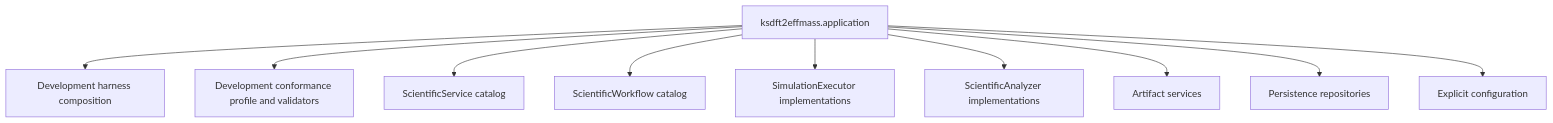
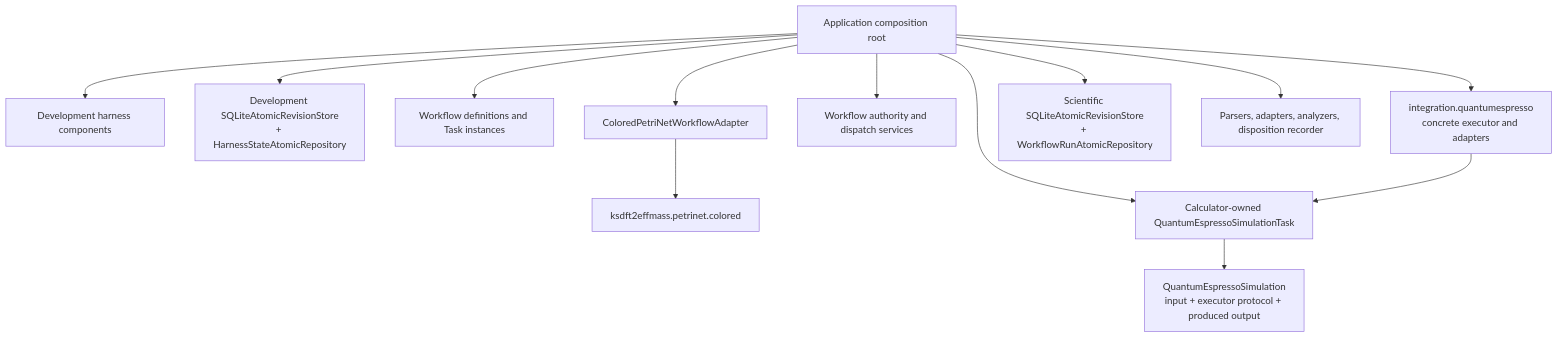
One commit to eragasa/ksdft2effmass changed the diagram in docs/architecture/v2/composition-root.md. Above: the diagram before and after it, drawn with Mermaid. The commit also changed other lines of this file and 80 other files, not shown here.

Commit message:
docs: reconcile architecture v2

````diff
--- a/docs/architecture/v2/composition-root.md
+++ b/docs/architecture/v2/composition-root.md
@@ -7,13 +7,15 @@
 ```mermaid
-flowchart TB
-    app["ksdft2effmass.application"]
-    app --> harness["Development harness composition"]
-    app --> conformance["Development conformance profile and validators"]
-    app --> services["ScientificService catalog"]
-    app --> definitions["ScientificWorkflow catalog"]
-    app --> executors["SimulationExecutor implementations"]
-    app --> analyzers["ScientificAnalyzer implementations"]
-    app --> artifacts["Artifact services"]
-    app --> repositories["Persistence repositories"]
-    app --> config["Explicit configuration"]
+flowchart TD
+    app["Application composition root"] --> harness["Development harness components"]
+    app --> harness_store["Development SQLiteAtomicRevisionStore<br/>+ HarnessStateAtomicRepository"]
+    app --> workflow["Workflow definitions and Task instances"]
+    app --> adapter["ColoredPetriNetWorkflowAdapter"]
+    adapter --> generic["ksdft2effmass.petrinet.colored"]
+    app --> authority["Workflow authority and dispatch services"]
+    app --> qe_task["Calculator-owned QuantumEspressoSimulationTask"]
+    app --> qe_integration["integration.quantumespresso<br/>concrete executor and adapters"]
+    qe_integration --> qe_task
+    qe_task --> qe["QuantumEspressoSimulation<br/>input + executor protocol + produced output"]
+    app --> workflow_store["Scientific SQLiteAtomicRevisionStore<br/>+ WorkflowRunAtomicRepository"]
+    app --> analysis["Parsers, adapters, analyzers, disposition recorder"]
 ```
````
